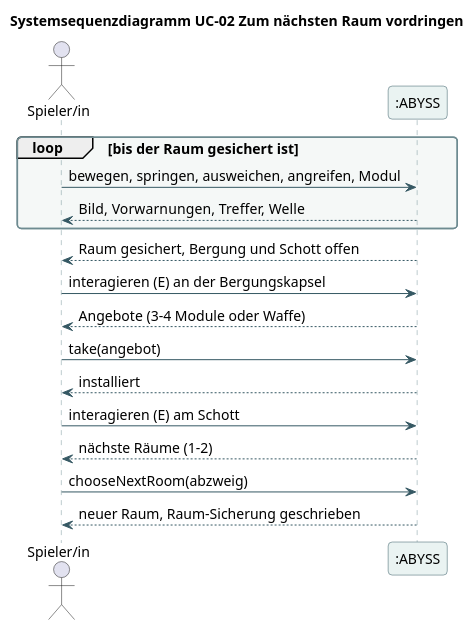
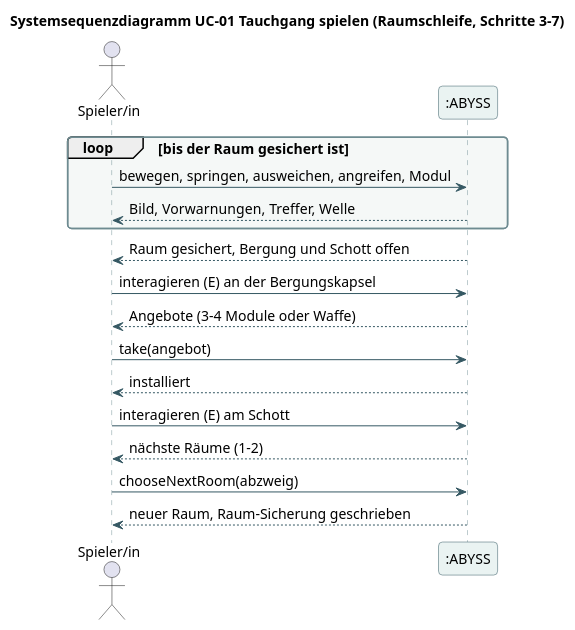
Before and after one commit to bassdav2/abyss: the diagram in docs/diagrams/05-ssd-progress.puml, drawn with PlantUML. The commit also changed 168 other files, not shown here.

```diff
--- a/docs/diagrams/05-ssd-progress.puml
+++ b/docs/diagrams/05-ssd-progress.puml
@@ -1,37 +1,37 @@
 @startuml
 skinparam backgroundColor #FFFFFF
 skinparam defaultFontName Arial
 skinparam defaultFontSize 14
 skinparam shadowing false
 skinparam roundcorner 8
 skinparam ArrowColor #355863
 skinparam classBackgroundColor #EAF3F2
 skinparam classBorderColor #355863
 skinparam participantBackgroundColor #EAF3F2
 skinparam participantBorderColor #355863
 skinparam sequenceLifeLineBorderColor #7A979C
 skinparam noteBackgroundColor #FFF2DA
 skinparam noteBorderColor #D8AA64
 skinparam packageBackgroundColor #F5F8F7
 skinparam packageBorderColor #6E8B91
 skinparam stateBackgroundColor #EAF3F2
 skinparam stateBorderColor #355863
 hide empty members
-title Systemsequenzdiagramm UC-02 Zum nächsten Raum vordringen
+title Systemsequenzdiagramm UC-01 Tauchgang spielen (Raumschleife, Schritte 3–7)
 actor "Spieler/in" as P
 participant ":ABYSS" as S
 loop bis der Raum gesichert ist
  P -> S : bewegen, springen, ausweichen, angreifen, Modul
  S --> P : Bild, Vorwarnungen, Treffer, Welle
 end
 S --> P : Raum gesichert, Bergung und Schott offen
 P -> S : interagieren (E) an der Bergungskapsel
 S --> P : Angebote (3–4 Module oder Waffe)
 P -> S : take(angebot)
 S --> P : installiert
 P -> S : interagieren (E) am Schott
 S --> P : nächste Räume (1–2)
 P -> S : chooseNextRoom(abzweig)
 S --> P : neuer Raum, Raum-Sicherung geschrieben
 
 @enduml
```
